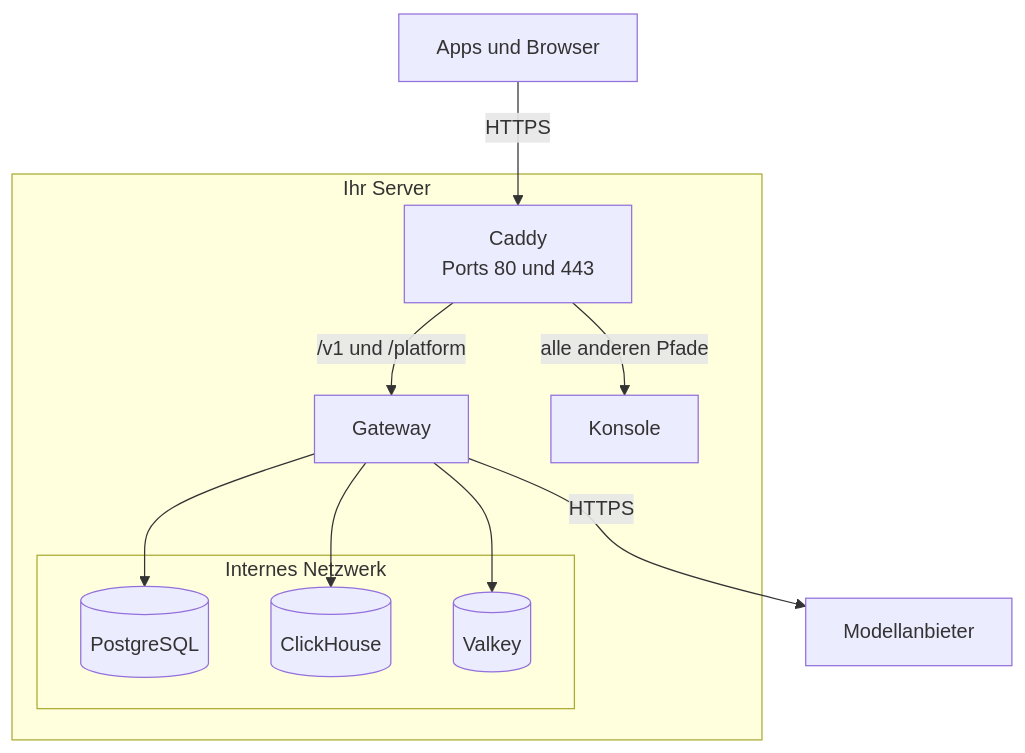
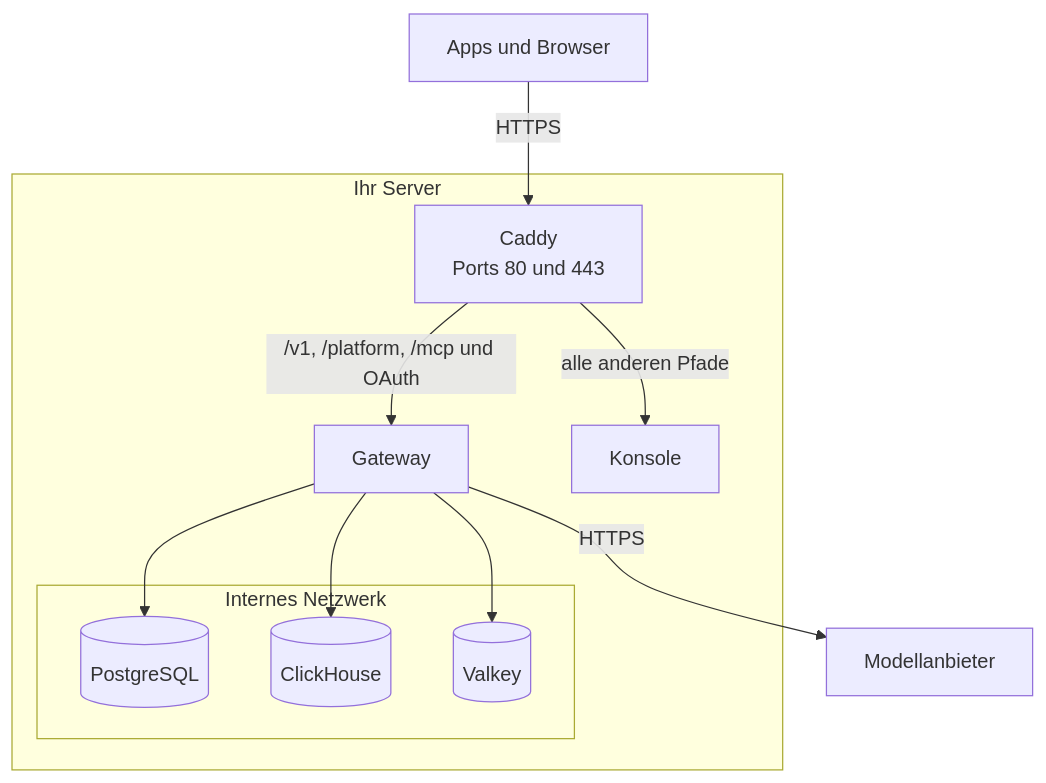
Before and after one commit to logicplanes/kaeso: the diagram in apps/docs/content/de/self-hosting/how-it-works.md, drawn with Mermaid. The commit also changed 149 other files, not shown here.

````diff
--- a/apps/docs/content/de/self-hosting/how-it-works.md
+++ b/apps/docs/content/de/self-hosting/how-it-works.md
@@ -10,22 +10,22 @@
 ```mermaid
 flowchart TD
   accTitle: Die Dienste einer Kaeso-Installation
-  accDescr: Apps und Browser erreichen die Installation nur über Caddy, auf den Ports 80 und 443. Caddy leitet /v1 und /platform an das Gateway und alle anderen Pfade an die Konsole weiter. PostgreSQL, ClickHouse und Valkey liegen in einem internen Netzwerk, das nur das Gateway erreicht, und das Gateway ruft die Modellanbieter über HTTPS auf.
+  accDescr: Apps und Browser erreichen die Installation nur über Caddy, auf den Ports 80 und 443. Caddy leitet /v1, /platform, den MCP-Server und seine OAuth-Anmeldung an das Gateway und alle anderen Pfade an die Konsole weiter. PostgreSQL, ClickHouse und Valkey liegen in einem internen Netzwerk, das nur das Gateway erreicht, und das Gateway ruft die Modellanbieter über HTTPS auf.
   clients[Apps und Browser]:::outside
   subgraph server [Ihr Server]
     caddy[Caddy<br>Ports 80 und 443]
     gateway[Gateway]:::accent
     console[Konsole]
     subgraph data [Internes Netzwerk]
       postgres[(PostgreSQL)]
       clickhouse[(ClickHouse)]
       valkey[(Valkey)]
     end
   end
   providers[Modellanbieter]:::outside
   clients -- HTTPS --> caddy
-  caddy -- /v1 und /platform --> gateway
+  caddy -- /v1, /platform, /mcp und OAuth --> gateway
   caddy -- alle anderen Pfade --> console
   gateway --> postgres & clickhouse & valkey
   gateway -- HTTPS --> providers
 ```
````
